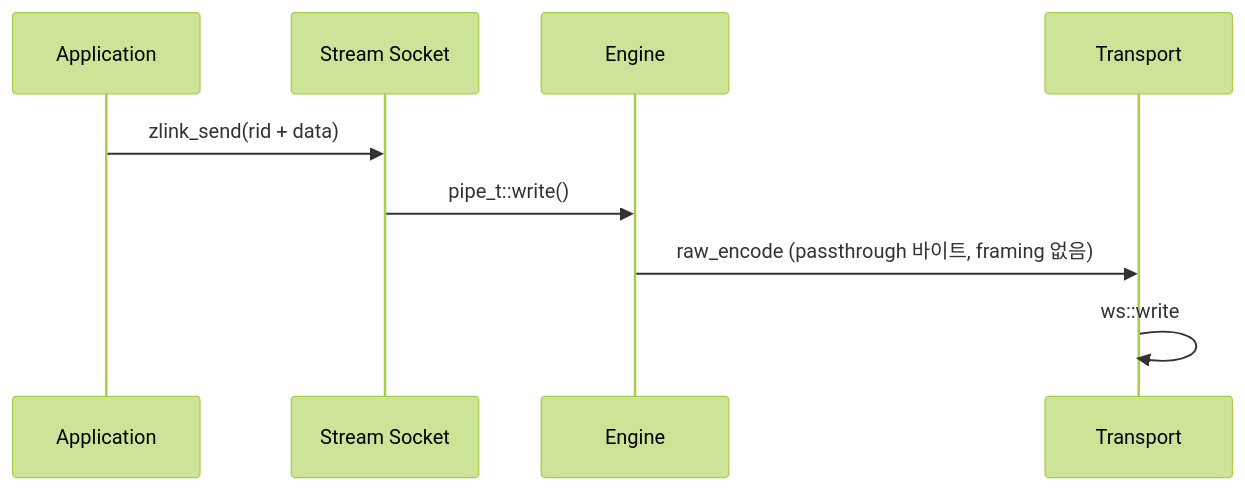
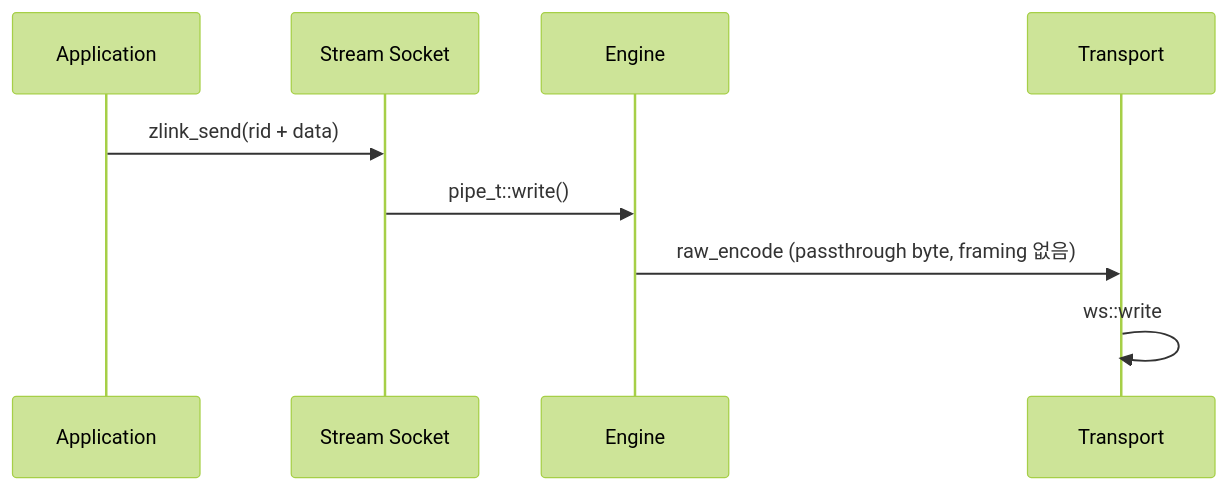
One commit to zlink-systems/zlink changed the diagram in core/doc/spec/core/socket/08-stream.ko.md. Above: the diagram before and after it, drawn with Mermaid (forest theme). The commit also changed other lines of this file and 37 other files, not shown here.

````diff
--- a/core/doc/spec/core/socket/08-stream.ko.md
+++ b/core/doc/spec/core/socket/08-stream.ko.md
@@ -229,12 +281,12 @@
 ```mermaid
 sequenceDiagram
     participant App as Application
     participant SS as Stream Socket
     participant Eng as Engine
     participant Tr as Transport
 
     App->>SS: zlink_send(rid + data)
     SS->>Eng: pipe_t::write()
-    Eng->>Tr: raw_encode (passthrough 바이트, framing 없음)
+    Eng->>Tr: raw_encode (passthrough byte, framing 없음)
     Tr->>Tr: ws::write
 ```
````
